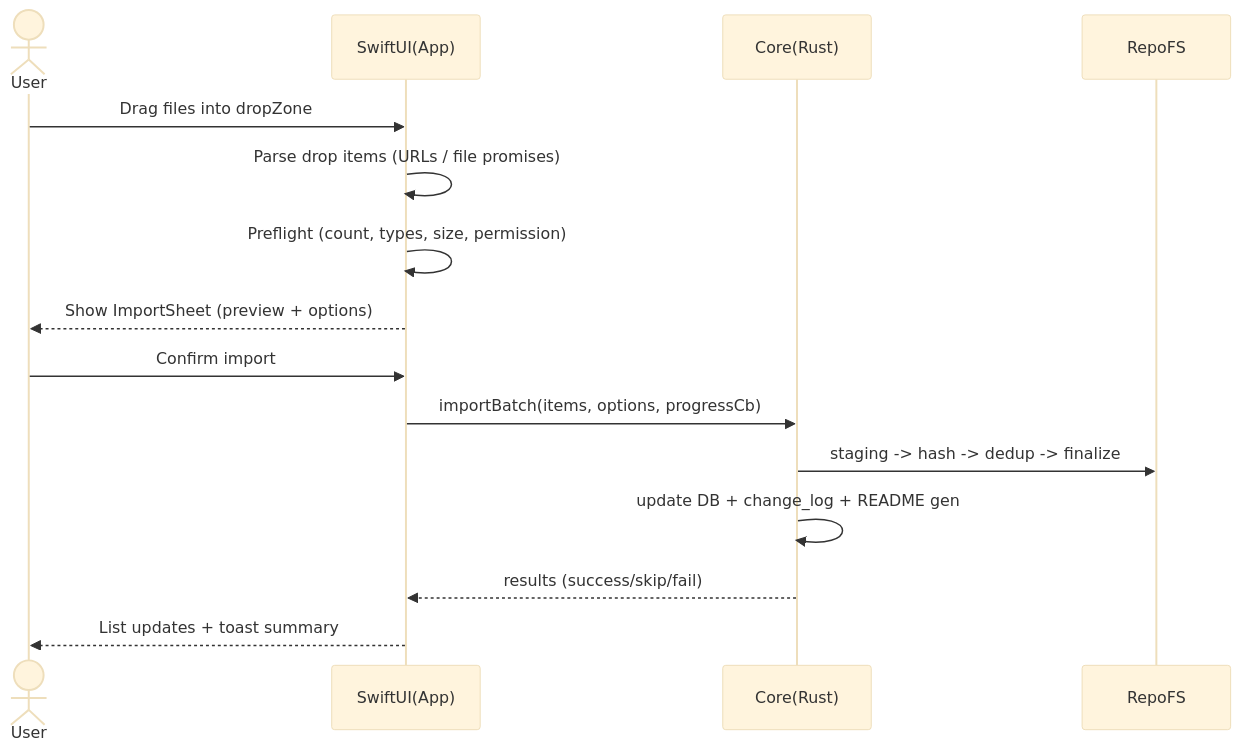
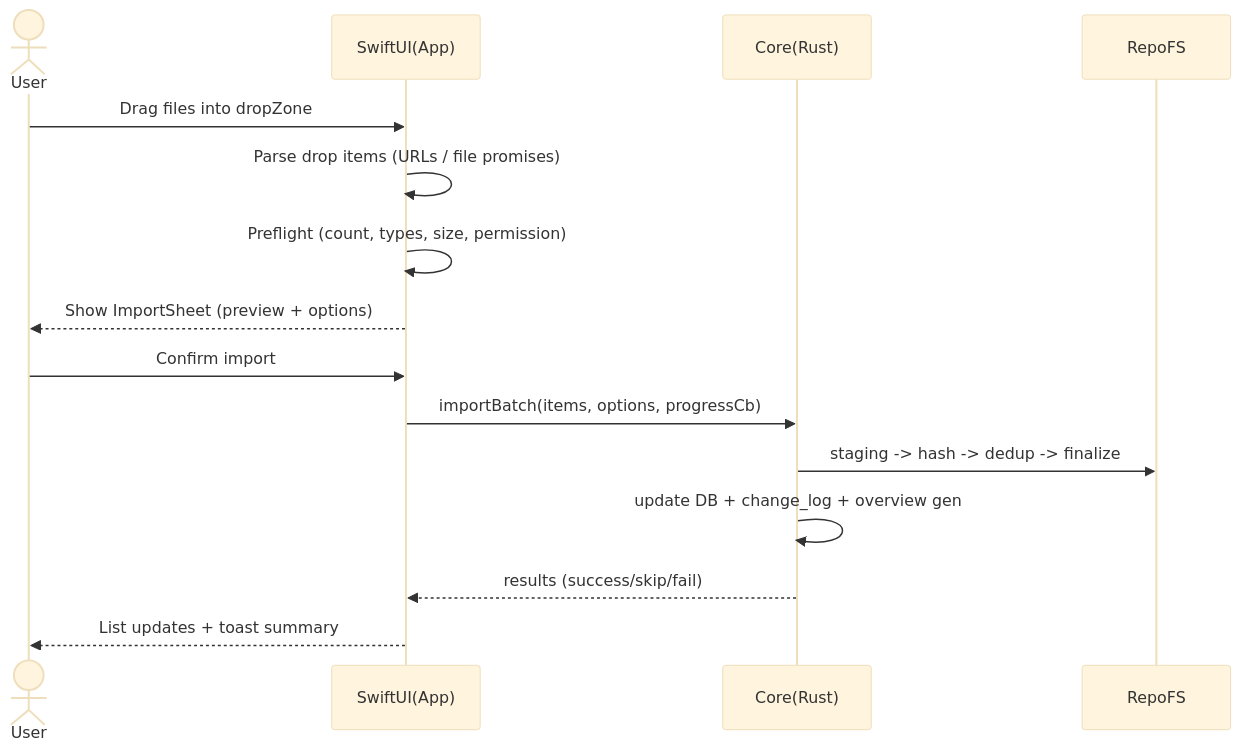
Before and after one commit to AreaSong/AreaMatrix: the first of 3 diagrams in docs/ux/drag-import-flow.md, drawn with Mermaid (base theme). The commit also changed other lines of this file and 38 other files, not shown here.

````diff
--- a/docs/ux/drag-import-flow.md
+++ b/docs/ux/drag-import-flow.md
@@ -64,19 +64,19 @@
 ```mermaid
 sequenceDiagram
     actor User
     participant UI as SwiftUI(App)
     participant Core as Core(Rust)
     participant Repo as RepoFS
 
     User->>UI: Drag files into dropZone
     UI->>UI: Parse drop items (URLs / file promises)
     UI->>UI: Preflight (count, types, size, permission)
     UI-->>User: Show ImportSheet (preview + options)
 
     User->>UI: Confirm import
     UI->>Core: importBatch(items, options, progressCb)
     Core->>Repo: staging -> hash -> dedup -> finalize
-    Core->>Core: update DB + change_log + README gen
+    Core->>Core: update DB + change_log + overview gen
     Core-->>UI: results (success/skip/fail)
     UI-->>User: List updates + toast summary
 ```
````
